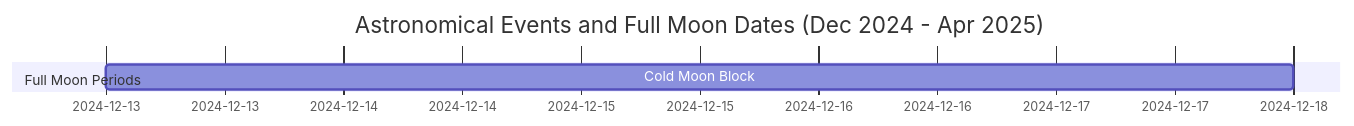
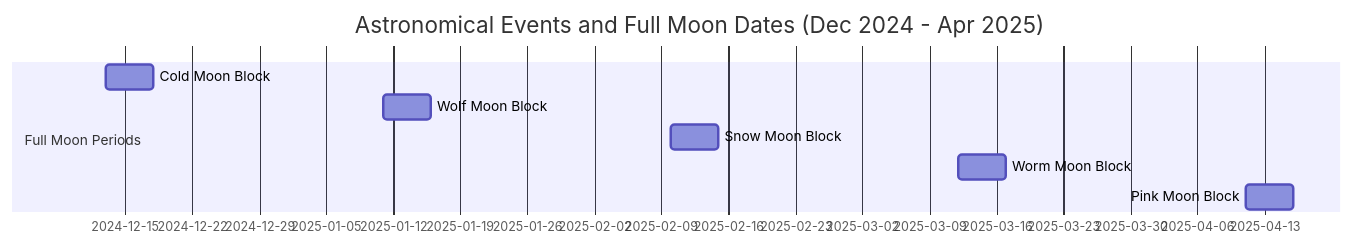
Before and after one commit to upyesp/aas: the third of 3 diagrams in slides/Slides.md, drawn with Mermaid. The commit also changed other lines of this file, not shown here.

Commit message:
full moon and new flowchart

```diff
--- a/slides/Slides.md
+++ b/slides/Slides.md
@@ -148,7 +157,11 @@
 <div class="mermaid">
 gantt
     title Astronomical Events and Full Moon Dates (Dec 2024 - Apr 2025)
     dateFormat  YYYY-MM-DD
     section Full Moon Periods
       Cold Moon Block        :blocked1, 2024-12-13, 5d
+      Wolf Moon Block        :blocked2, 2025-01-11, 5d
+      Snow Moon Block        :blocked3, 2025-02-10, 5d
+      Worm Moon Block        :blocked4, 2025-03-12, 5d
+      Pink Moon Block        :blocked5, 2025-04-11, 5d
 </div>
```
